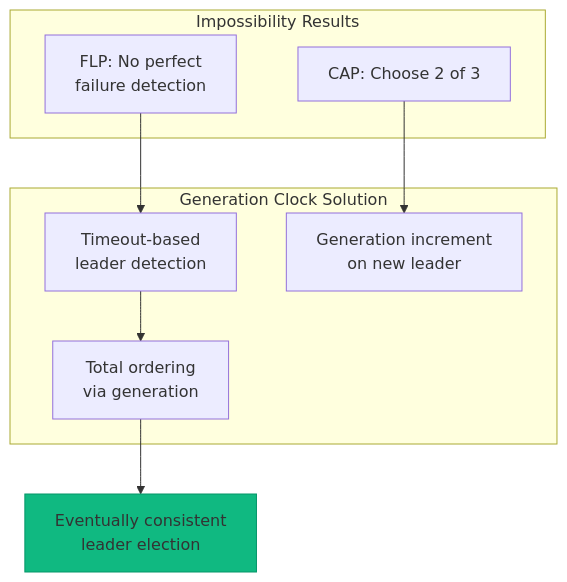
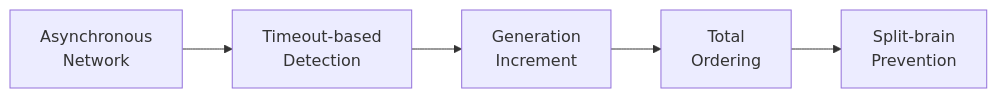
The fifth of 5 diagrams in docs/pattern-library/coordination/generation-clock.md (deepaucksharma/DStudio), drawn with Mermaid before and after one commit. The commit also changed other lines of this file and 23 other files, not shown here.

````diff
--- a/docs/pattern-library/coordination/generation-clock.md
+++ b/docs/pattern-library/coordination/generation-clock.md
@@ -690,22 +716,7 @@
 ```mermaid
-graph TB
-    subgraph "Impossibility Results"
-        FLP[FLP: No perfect<br/>failure detection]
-        CAP[CAP: Choose 2 of 3]
-    end
-    
-    subgraph "Generation Clock Solution"
-        Timeout[Timeout-based<br/>leader detection]
-        GenInc[Generation increment<br/>on new leader]
-        Compare[Total ordering<br/>via generation]
-    end
-    
-    FLP --> Timeout
-    CAP --> GenInc
-    Timeout --> Compare
-    
-    Result[Eventually consistent<br/>leader election]
-    Compare --> Result
-    
-    style Result fill:#10b981,stroke:#059669
+graph LR
+    Async[Asynchronous<br/>Network] --> Timeout[Timeout-based<br/>Detection]
+    Timeout --> GenInc[Generation<br/>Increment]
+    GenInc --> Order[Total<br/>Ordering]
+    Order --> Safety[Split-brain<br/>Prevention]
 ```
````
